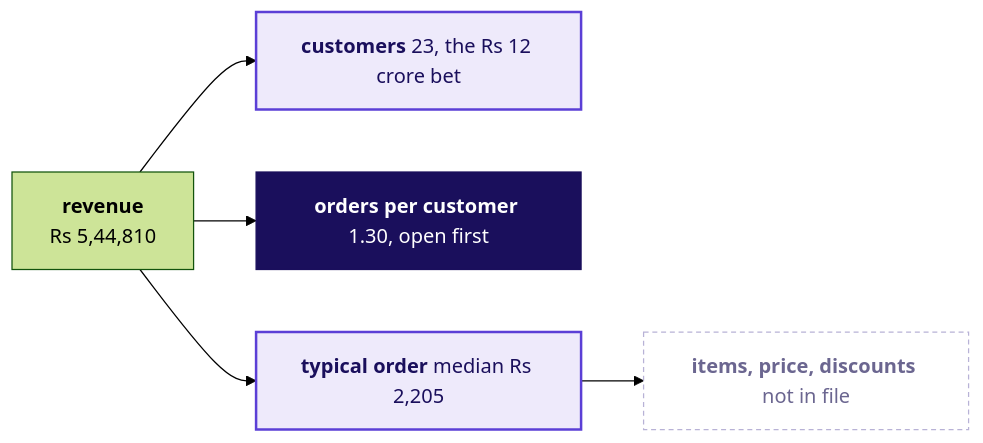
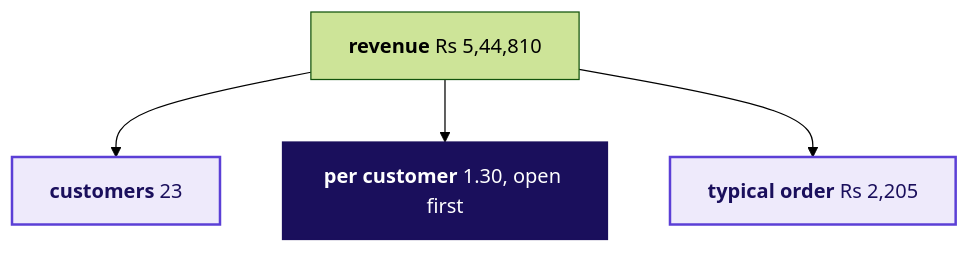
One commit to fde-academy-lab/c2-content-factory changed the diagram in content/W01/D1/cheatsheets/C2_W01_D01_revenue_tree_STUDENT.md. Above: the diagram before and after it, drawn with Mermaid (forest theme). The commit also changed other lines of this file and 39 other files, not shown here.

First line of the commit message:
W01 D1 depth loop passes 4 and 5: plan sized on the everyday orders, identity check on the orders the revenue covers, payback on the segment mean, one escalated post shape, minutes to 30 per chapter, matching and ordering items, section numerals on the covers, language fixes

````diff
--- a/content/W01/D1/cheatsheets/C2_W01_D01_revenue_tree_STUDENT.md
+++ b/content/W01/D1/cheatsheets/C2_W01_D01_revenue_tree_STUDENT.md
@@ -7,13 +7,10 @@
 ```mermaid
-flowchart LR
-    R["<b>revenue</b><br/>Rs 5,44,810"] --> C["<b>customers</b> 23, the Rs 12 crore bet"]
-    R --> F["<b>orders per customer</b> 1.30, open first"]
-    R --> A["<b>typical order</b> median Rs 2,205"]
-    A --> I["<b>items, price, discounts</b> not in file"]
+flowchart TB
+    R["<b>revenue</b> Rs 5,44,810"] --> C["<b>customers</b> 23"]
+    R --> F["<b>per customer</b> 1.30, open first"]
+    R --> A["<b>typical order</b> Rs 2,205"]
     classDef known fill:#EEEAFB,stroke:#5B3FD6,color:#1A0F5C,stroke-width:2px
-    classDef unknown fill:#FFFFFF,stroke:#B8B2D6,color:#6B6690,stroke-dasharray:4 3
     classDef bet fill:#1A0F5C,stroke:#1A0F5C,color:#FFFFFF
     class C,A known
-    class I unknown
     class F bet
 ```
````
